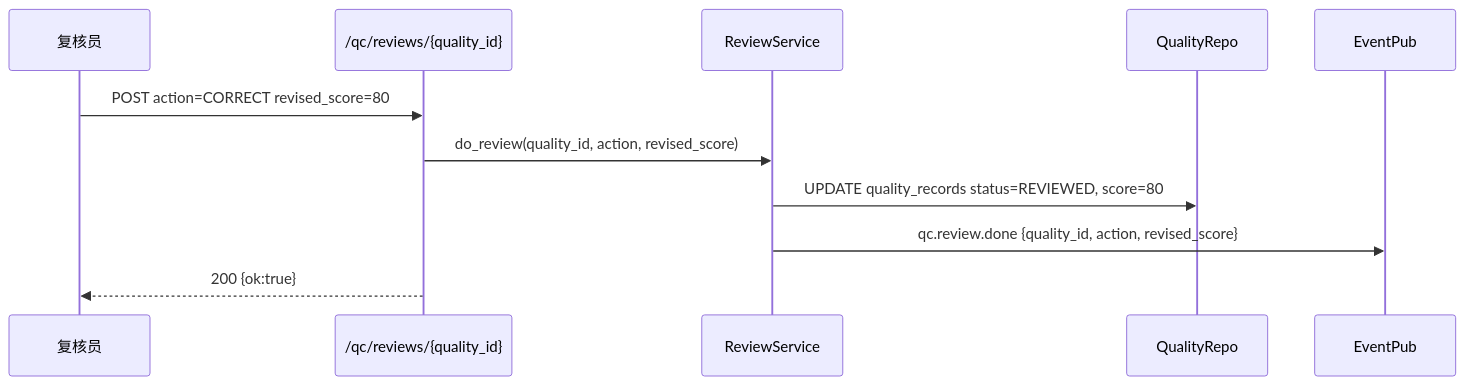
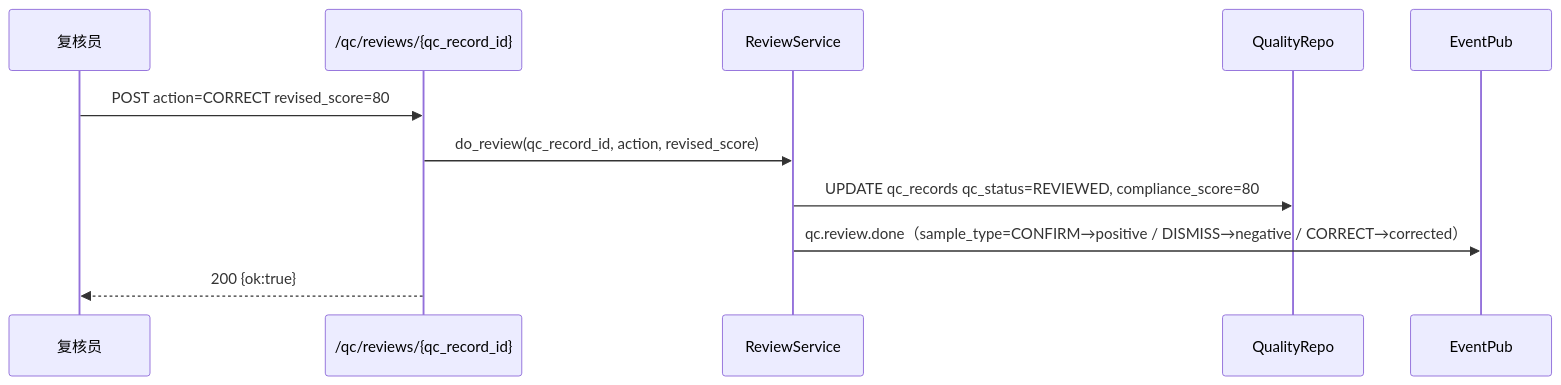
Before and after one commit to GavinYoung66/ai_collection: the fourth of 4 diagrams in requirements_document/step2_需求PRD/DD-02-QUALITY-INSPECTION.md, drawn with Mermaid. The commit also changed other lines of this file and 25 other files, not shown here.

````diff
--- a/requirements_document/step2_需求PRD/DD-02-QUALITY-INSPECTION.md
+++ b/requirements_document/step2_需求PRD/DD-02-QUALITY-INSPECTION.md
@@ -321,13 +1392,13 @@
 ```mermaid
 sequenceDiagram
     participant QC as 复核员
-    participant API as /qc/reviews/{quality_id}
+    participant API as /qc/reviews/{qc_record_id}
     participant RS as ReviewService
     participant QR as QualityRepo
     participant Pub as EventPub
     QC->>API: POST action=CORRECT revised_score=80
-    API->>RS: do_review(quality_id, action, revised_score)
-    RS->>QR: UPDATE quality_records status=REVIEWED, score=80
-    RS->>Pub: qc.review.done {quality_id, action, revised_score}
+    API->>RS: do_review(qc_record_id, action, revised_score)
+    RS->>QR: UPDATE qc_records qc_status=REVIEWED, compliance_score=80
+    RS->>Pub: qc.review.done（sample_type=CONFIRM→positive / DISMISS→negative / CORRECT→corrected）
     API-->>QC: 200 {ok:true}
 ```
````
